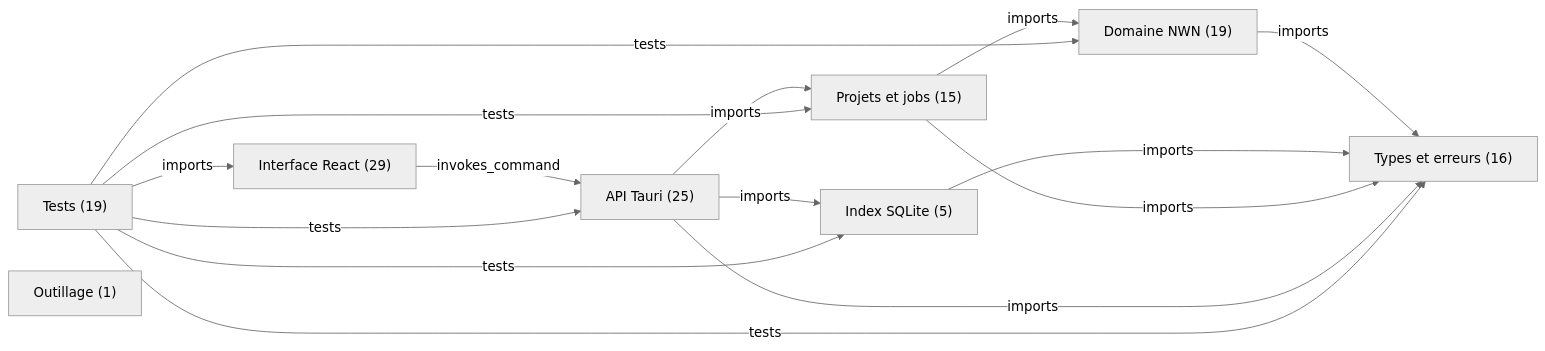
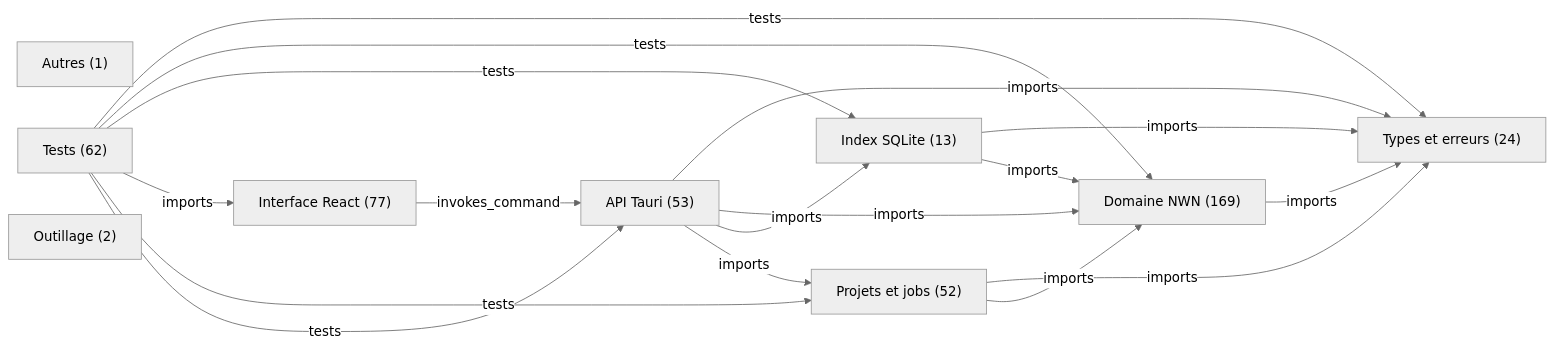
One commit to Karenax/OpenNever_Forge changed the diagram in docs/architecture/overview.mmd. Above: the diagram before and after it, drawn with Mermaid (neutral theme). The commit also changed 84 other files, not shown here.

```diff
--- a/docs/architecture/overview.mmd
+++ b/docs/architecture/overview.mmd
@@ -1,23 +1,26 @@
 flowchart LR
-  layer_0["Types et erreurs (16)"]
-  layer_1["Domaine NWN (19)"]
-  layer_2["Index SQLite (5)"]
-  layer_3["Interface React (29)"]
-  layer_4["Projets et jobs (15)"]
-  layer_5["API Tauri (25)"]
-  layer_6["Tests (19)"]
-  layer_7["Outillage (1)"]
+  layer_0["Types et erreurs (24)"]
+  layer_1["Domaine NWN (169)"]
+  layer_2["Index SQLite (13)"]
+  layer_3["Interface React (77)"]
+  layer_4["Autres (1)"]
+  layer_5["Projets et jobs (52)"]
+  layer_6["API Tauri (53)"]
+  layer_7["Tests (62)"]
+  layer_8["Outillage (2)"]
   layer_1 -->|"imports"| layer_0
   layer_2 -->|"imports"| layer_0
-  layer_3 -->|"invokes_command"| layer_5
-  layer_4 -->|"imports"| layer_0
-  layer_4 -->|"imports"| layer_1
+  layer_2 -->|"imports"| layer_1
+  layer_3 -->|"invokes_command"| layer_6
   layer_5 -->|"imports"| layer_0
-  layer_5 -->|"imports"| layer_2
-  layer_5 -->|"imports"| layer_4
-  layer_6 -->|"tests"| layer_0
-  layer_6 -->|"tests"| layer_1
-  layer_6 -->|"tests"| layer_2
-  layer_6 -->|"imports"| layer_3
-  layer_6 -->|"tests"| layer_4
-  layer_6 -->|"tests"| layer_5
+  layer_5 -->|"imports"| layer_1
+  layer_6 -->|"imports"| layer_0
+  layer_6 -->|"imports"| layer_1
+  layer_6 -->|"imports"| layer_2
+  layer_6 -->|"imports"| layer_5
+  layer_7 -->|"tests"| layer_0
+  layer_7 -->|"tests"| layer_1
+  layer_7 -->|"tests"| layer_2
+  layer_7 -->|"imports"| layer_3
+  layer_7 -->|"tests"| layer_5
+  layer_7 -->|"tests"| layer_6
```
